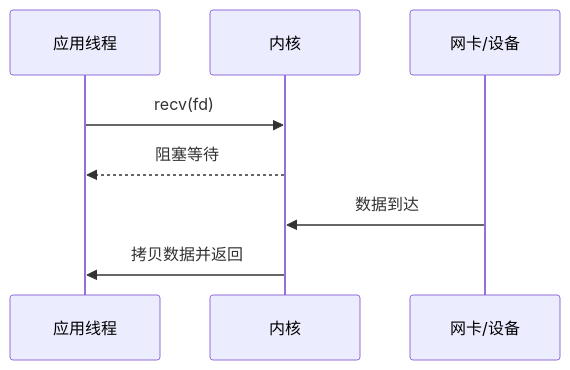
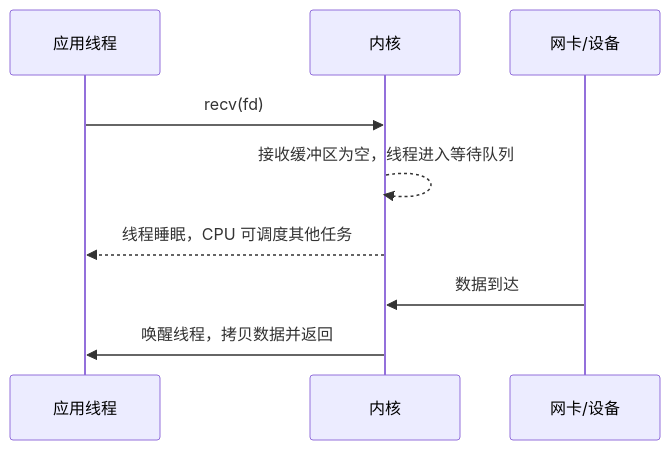
The first of 14 diagrams in lab1/partB/partB_research_report.md (Jiadezhende/unix-labs), drawn with Mermaid before and after one commit. The commit also changed other lines of this file and 7 other files, not shown here.

````diff
--- a/lab1/partB/partB_research_report.md
+++ b/lab1/partB/partB_research_report.md
@@ -37,10 +37,11 @@
 ```mermaid
 sequenceDiagram
     participant App as 应用线程
     participant Kernel as 内核
     participant NIC as 网卡/设备
     App->>Kernel: recv(fd)
-    Kernel-->>App: 阻塞等待
+    Kernel-->>Kernel: 接收缓冲区为空，线程进入等待队列
+    Kernel-->>App: 线程睡眠，CPU 可调度其他任务
     NIC->>Kernel: 数据到达
-    Kernel->>App: 拷贝数据并返回
+    Kernel->>App: 唤醒线程，拷贝数据并返回
 ```
````
